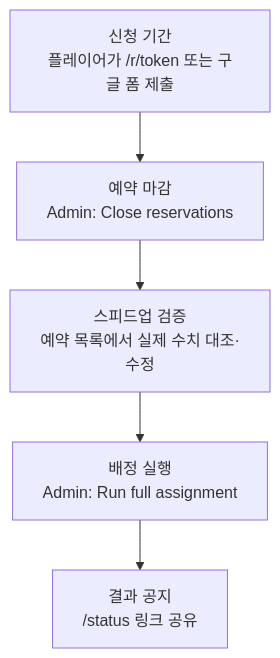
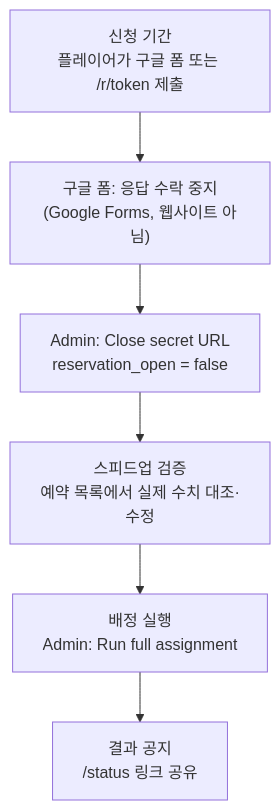
The second of 8 diagrams in docs/RESERVATION_SYSTEM.md (SxxM131/wos1234), drawn with Mermaid before and after one commit. The commit also changed other lines of this file and 7 other files, not shown here.

````diff
--- a/docs/RESERVATION_SYSTEM.md
+++ b/docs/RESERVATION_SYSTEM.md
@@ -78,7 +78,8 @@
 ```mermaid
 flowchart TD
-  A["신청 기간\n플레이어가 /r/token 또는 구글 폼 제출"] --> B["예약 마감\nAdmin: Close reservations"]
-  B --> C["스피드업 검증\n예약 목록에서 실제 수치 대조·수정"]
+  A["신청 기간\n플레이어가 구글 폼 또는 /r/token 제출"] --> B1["구글 폼: 응답 수락 중지\n(Google Forms, 웹사이트 아님)"]
+  B1 --> B2["Admin: Close secret URL\nreservation_open = false"]
+  B2 --> C["스피드업 검증\n예약 목록에서 실제 수치 대조·수정"]
   C --> D["배정 실행\nAdmin: Run full assignment"]
   D --> E["결과 공지\n/status 링크 공유"]
 ```
````
